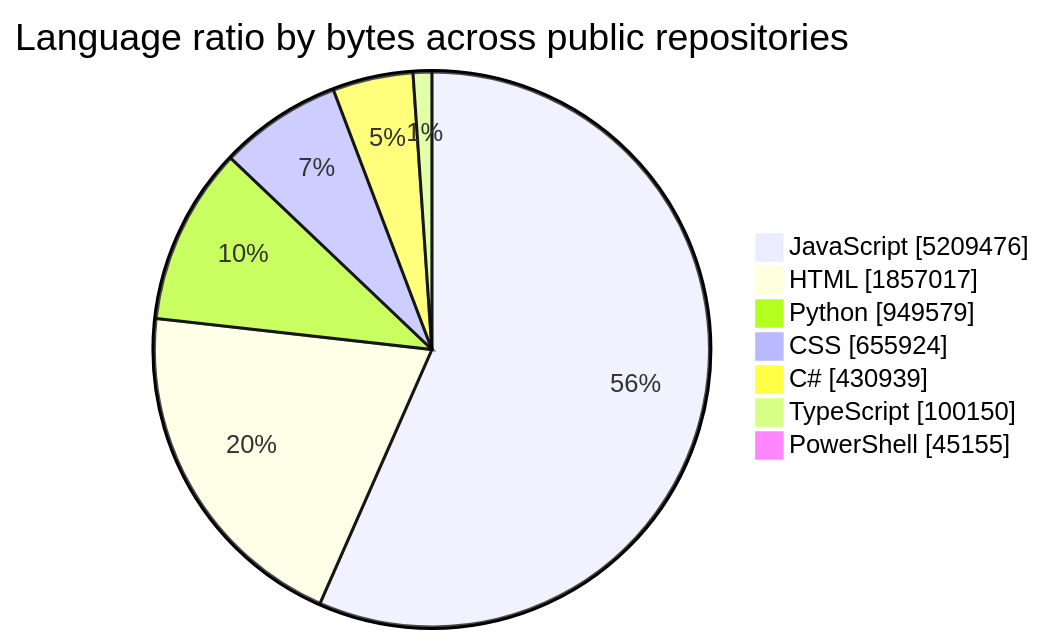
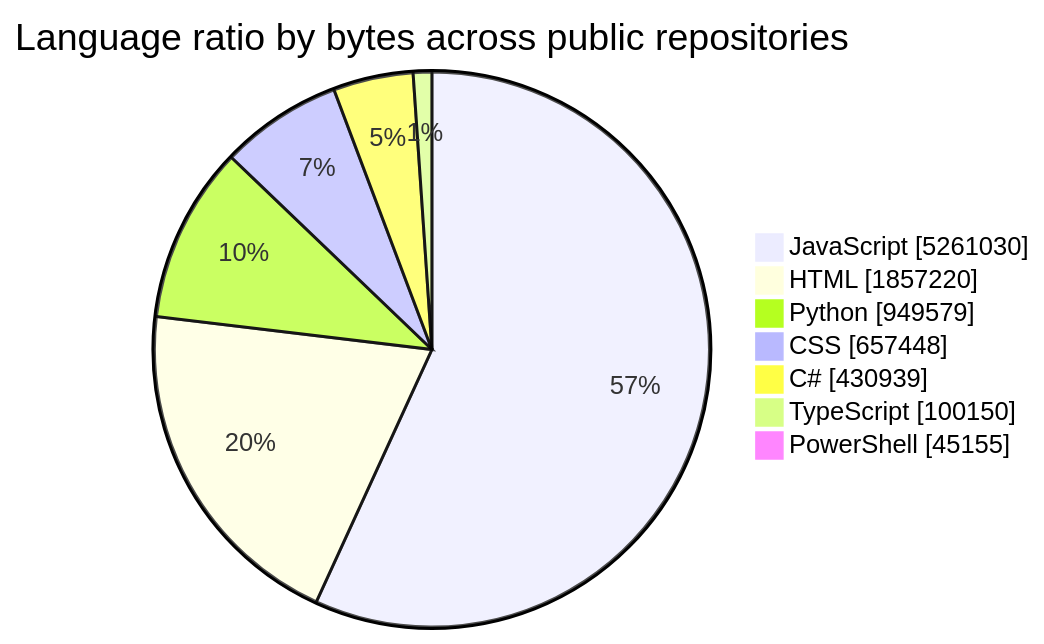
Before and after one commit to tchinso/tchinso: the first of 2 diagrams in README.md, drawn with Mermaid. The commit also changed other lines of this file, not shown here.

````diff
--- a/README.md
+++ b/README.md
@@ -24,11 +24,11 @@
 ```mermaid
 pie showData
     title Language ratio by bytes across public repositories
-    "JavaScript" : 5209476
-    "HTML" : 1857017
+    "JavaScript" : 5261030
+    "HTML" : 1857220
     "Python" : 949579
-    "CSS" : 655924
+    "CSS" : 657448
     "C#" : 430939
     "TypeScript" : 100150
     "PowerShell" : 45155
 ```
````
